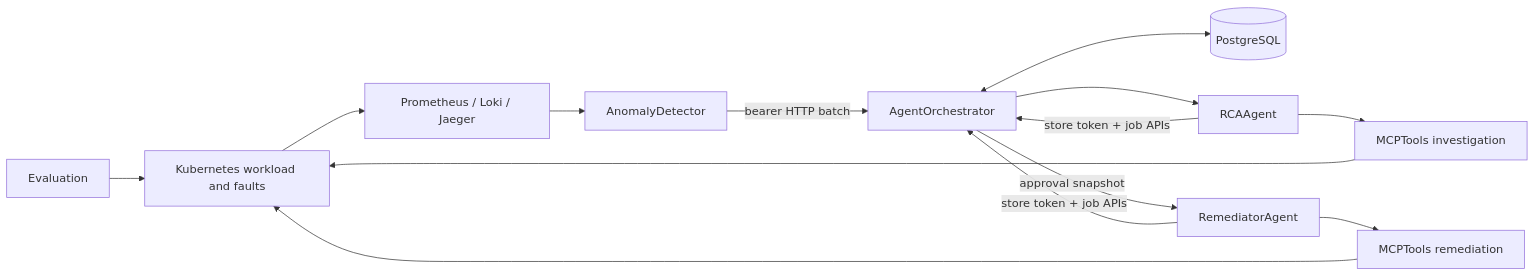
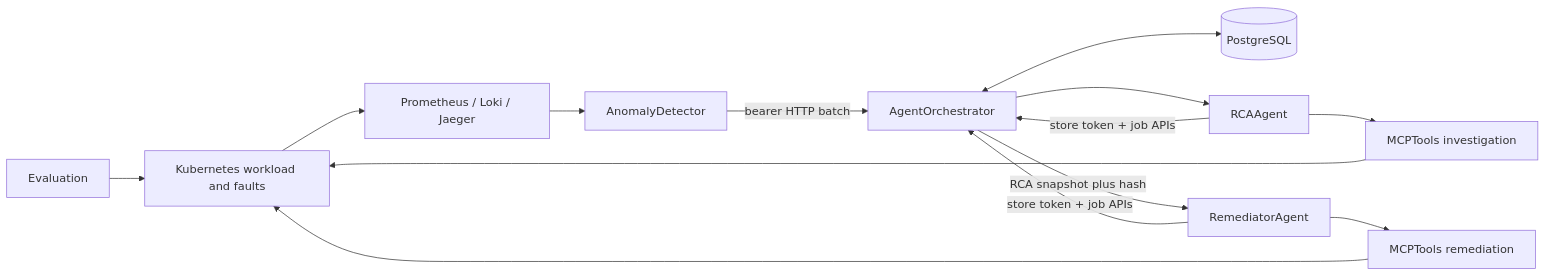
One commit to stanleyyoga123/IncidentBench changed the diagram in docs/architecture.md. Above: the diagram before and after it, drawn with Mermaid. The commit also changed other lines of this file and 55 other files, not shown here.

````diff
--- a/docs/architecture.md
+++ b/docs/architecture.md
@@ -3,16 +3,16 @@
 ```mermaid
 flowchart LR
   E[Evaluation] --> K[Kubernetes workload and faults]
   K --> P[Prometheus / Loki / Jaeger]
   P --> D[AnomalyDetector]
   D -->|bearer HTTP batch| O[AgentOrchestrator]
   O <--> DB[(PostgreSQL)]
   O --> R[RCAAgent]
   R -->|store token + job APIs| O
   R --> MI[MCPTools investigation]
   MI --> K
-  O -->|approval snapshot| M[RemediatorAgent]
+  O -->|RCA snapshot plus hash| M[RemediatorAgent]
   M -->|store token + job APIs| O
   M --> MR[MCPTools remediation]
   MR --> K
 ```
````
